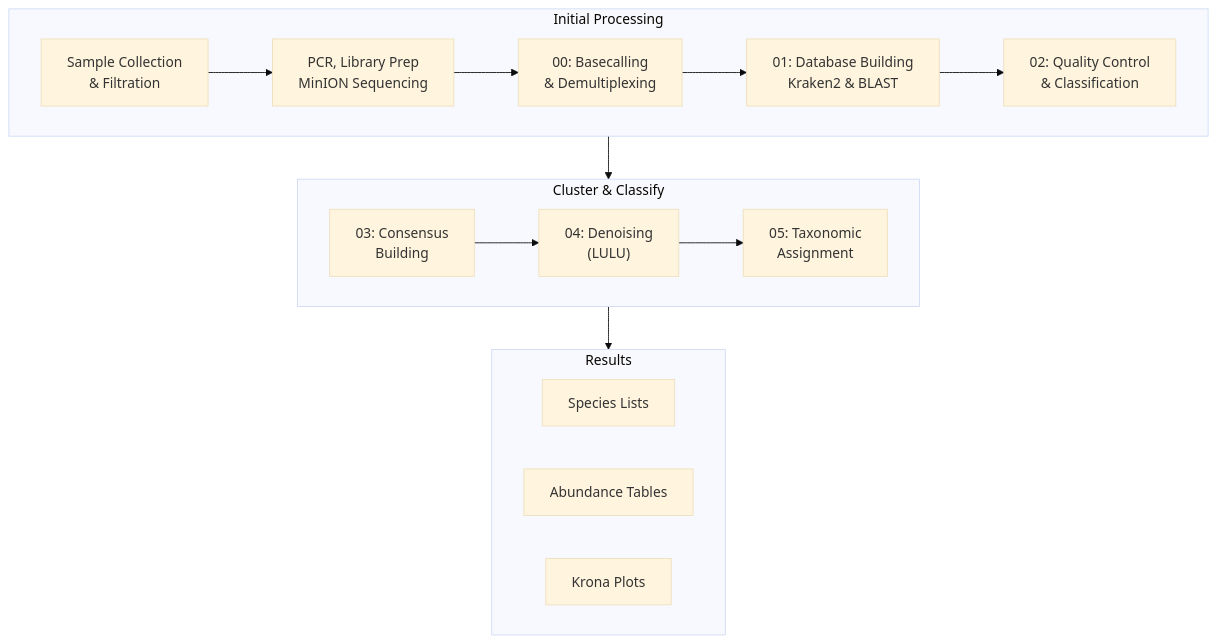
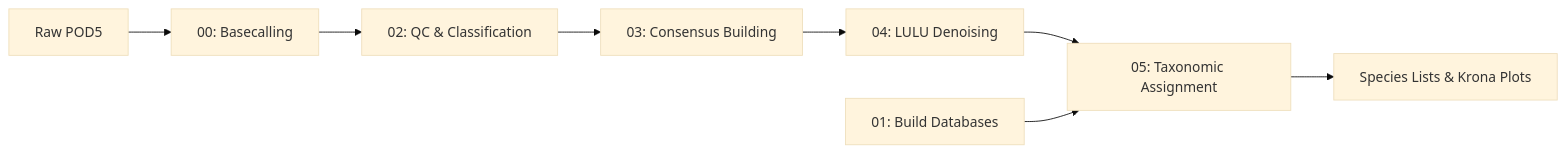
Before and after one commit to piedna/DeCodeDNA: the diagram in README.md, drawn with Mermaid (base theme). The commit also changed other lines of this file, not shown here.

````diff
--- a/README.md
+++ b/README.md
@@ -139,35 +52,11 @@
 ```mermaid
-flowchart TB
-  %% Top row: Wet lab → Basecalling → Database → Classification
-  subgraph wetlab ["Initial Processing"]
-    direction LR
-    A["Sample Collection<br/>& Filtration"] 
-    B["PCR, Library Prep<br/>MinION Sequencing"]
-    C["00: Basecalling<br/>& Demultiplexing"]
-    D["01: Database Building<br/>Kraken2 & BLAST"]
-    E["02: Quality Control<br/>& Classification"]
-    A --> B --> C --> D --> E
-  end
-
-  %% Bottom row: Consensus → Denoise → Taxonomy
-  subgraph analysis ["Cluster & Classify"]
-    direction LR
-    F["03: Consensus<br/>Building"]
-    G["04: Denoising<br/>(LULU)"]
-    H["05: Taxonomic<br/>Assignment"]
-    F --> G --> H
-  end
-
-  %% Connect the two rows
-  E --> F
-
-  %% Final outputs
-  subgraph results ["Results"]
-    direction LR
-    I["Species Lists"]
-    J["Abundance Tables"] 
-    K["Krona Plots"]
-  end
-  
-  H --> results
+flowchart LR
+    A[Raw POD5] --> B[00: Basecalling]
+    B --> C[02: QC & Classification]
+    C --> D[03: Consensus Building]
+    D --> E[04: LULU Denoising]
+    E --> F[05: Taxonomic Assignment]
+    F --> G[Species Lists & Krona Plots]
+    
+    H[01: Build Databases] --> F
 ```
````
